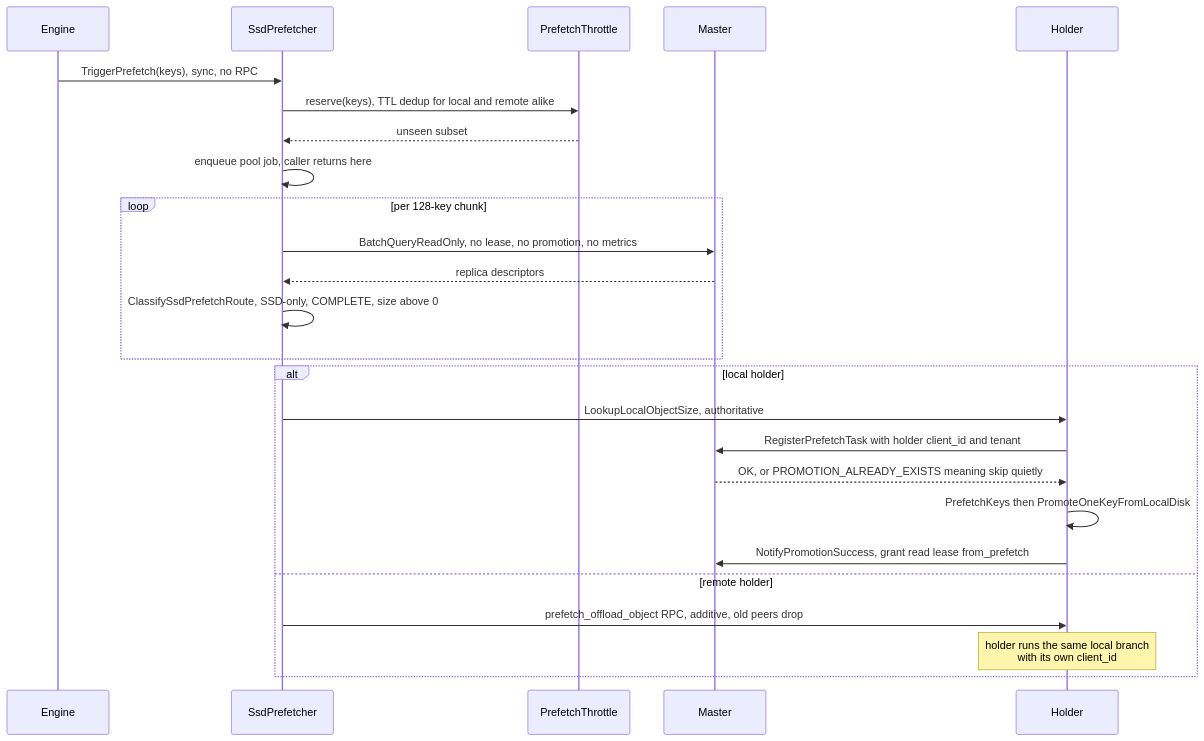
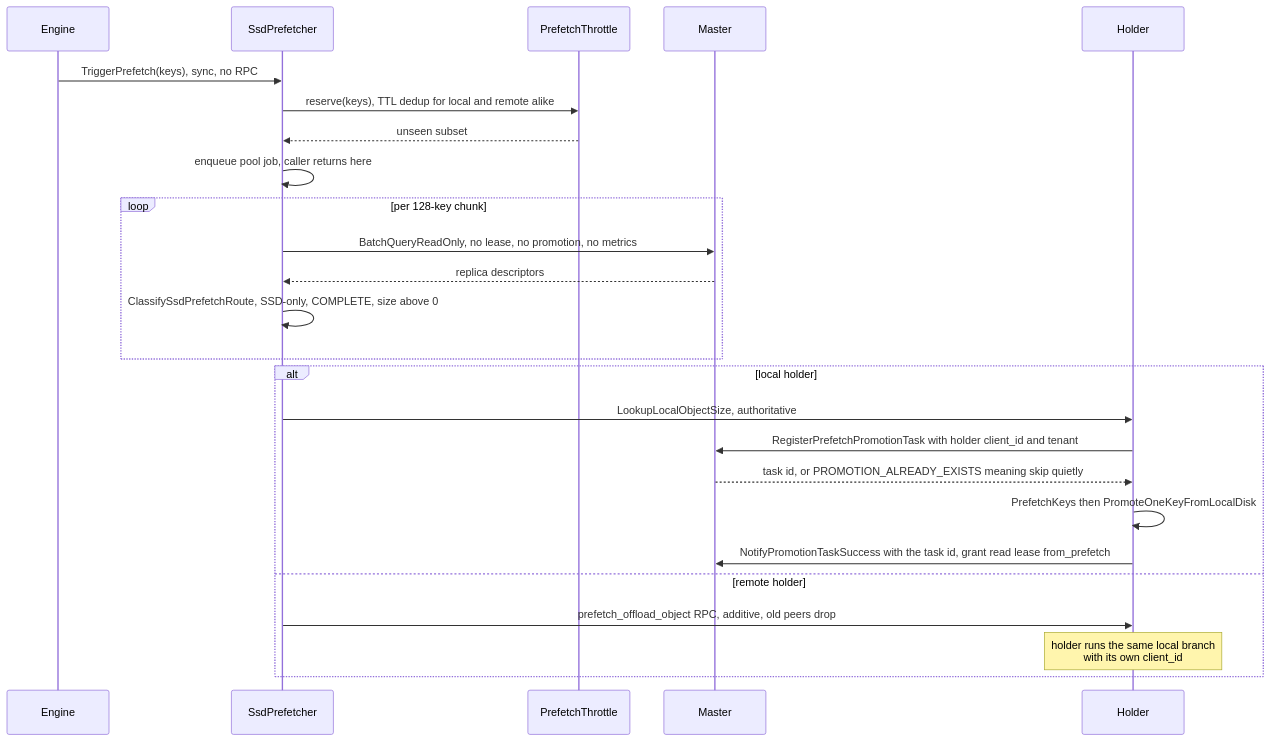
The second of 5 diagrams in docs/source/design/store/ssd-prefetch.md (kvcache-ai/Mooncake), drawn with Mermaid before and after one commit. The commit also changed other lines of this file and 15 other files, not shown here.

````diff
--- a/docs/source/design/store/ssd-prefetch.md
+++ b/docs/source/design/store/ssd-prefetch.md
@@ -157,28 +168,28 @@
 ```mermaid
 sequenceDiagram
     participant E as Engine
     participant P as SsdPrefetcher
     participant T as PrefetchThrottle
     participant M as Master
     participant H as Holder
 
     E->>P: TriggerPrefetch(keys), sync, no RPC
     P->>T: reserve(keys), TTL dedup for local and remote alike
     T-->>P: unseen subset
     P->>P: enqueue pool job, caller returns here
     loop per 128-key chunk
         P->>M: BatchQueryReadOnly, no lease, no promotion, no metrics
         M-->>P: replica descriptors
         P->>P: ClassifySsdPrefetchRoute, SSD-only, COMPLETE, size above 0
     end
     alt local holder
         P->>H: LookupLocalObjectSize, authoritative
-        H->>M: RegisterPrefetchTask with holder client_id and tenant
-        M-->>H: OK, or PROMOTION_ALREADY_EXISTS meaning skip quietly
+        H->>M: RegisterPrefetchPromotionTask with holder client_id and tenant
+        M-->>H: task id, or PROMOTION_ALREADY_EXISTS meaning skip quietly
         H->>H: PrefetchKeys then PromoteOneKeyFromLocalDisk
-        H->>M: NotifyPromotionSuccess, grant read lease from_prefetch
+        H->>M: NotifyPromotionTaskSuccess with the task id, grant read lease from_prefetch
     else remote holder
         P->>H: prefetch_offload_object RPC, additive, old peers drop
         Note over H: holder runs the same local branch<br/>with its own client_id
     end
 ```
````
